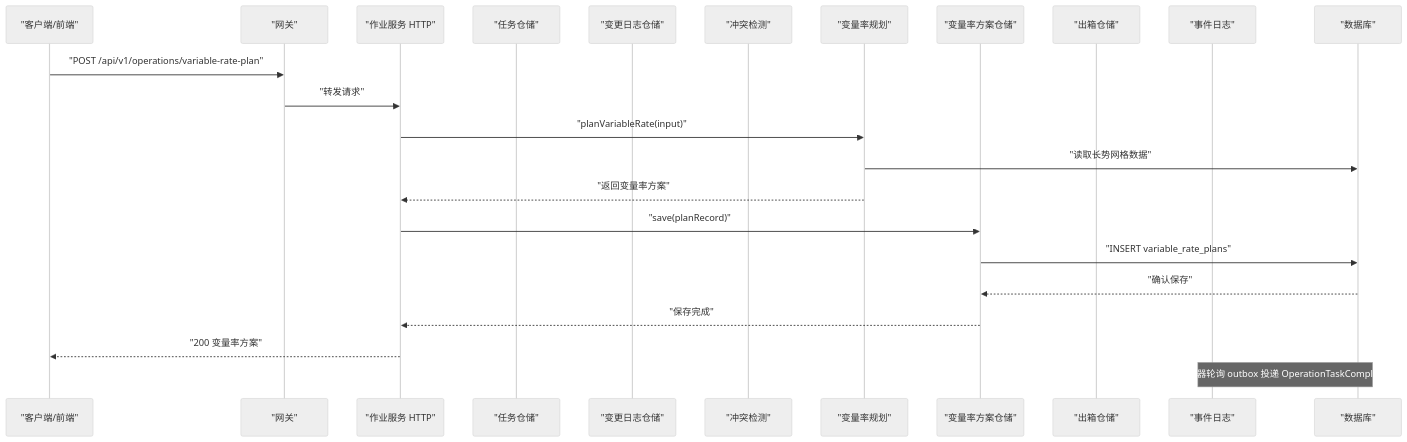
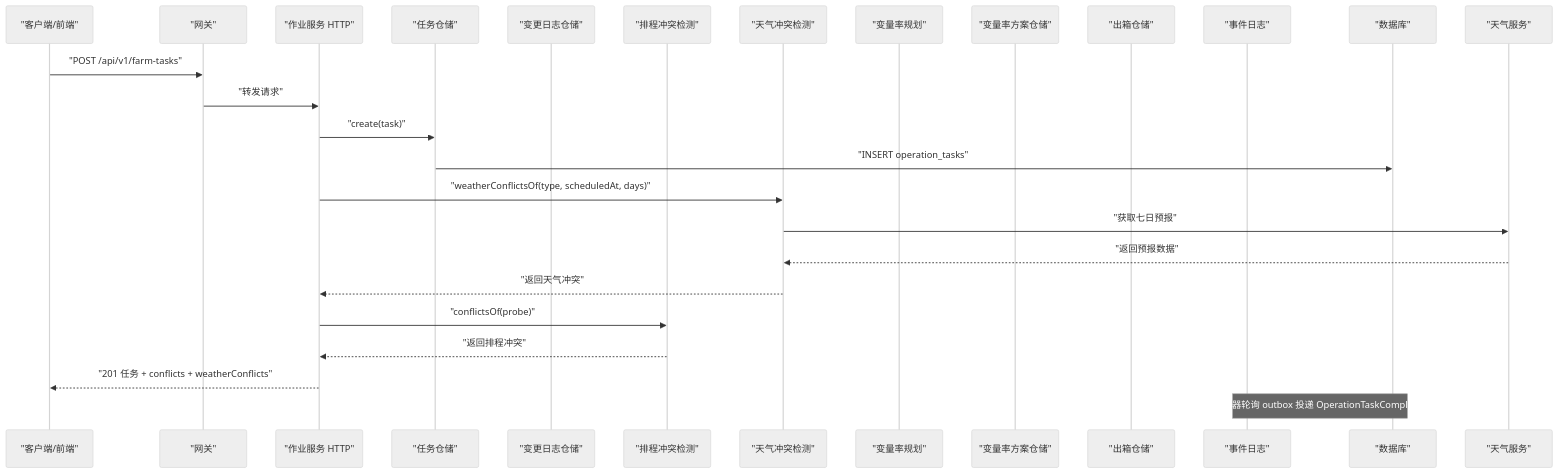
Before and after one commit to q446328246/agri-platform: the second of 14 diagrams in .qoder/repowiki/zh/content/核心服务文档/作业服务/作业服务.md, drawn with Mermaid (neutral theme). The commit also changed other lines of this file and 47 other files, not shown here.

````diff
--- a/.qoder/repowiki/zh/content/核心服务文档/作业服务/作业服务.md
+++ b/.qoder/repowiki/zh/content/核心服务文档/作业服务/作业服务.md
@@ -140,25 +138,28 @@
 ```mermaid
 sequenceDiagram
 participant Client as "客户端/前端"
 participant Gateway as "网关"
 participant Ops as "作业服务 HTTP"
 participant Repo as "任务仓储"
 participant ChangeLog as "变更日志仓储"
-participant Conflict as "冲突检测"
+participant Conflict as "排程冲突检测"
+participant Weather as "天气冲突检测"
 participant VarRate as "变量率规划"
 participant VarRepo as "变量率方案仓储"
 participant Outbox as "出箱仓储"
 participant MQ as "事件日志"
 participant DB as "数据库"
-Client->>Gateway : "POST /api/v1/operations/variable-rate-plan"
+participant WX as "天气服务"
+Client->>Gateway : "POST /api/v1/farm-tasks"
 Gateway->>Ops : "转发请求"
-Ops->>VarRate : "planVariableRate(input)"
-VarRate->>DB : "读取长势网格数据"
-VarRate-->>Ops : "返回变量率方案"
-Ops->>VarRepo : "save(planRecord)"
-VarRepo->>DB : "INSERT variable_rate_plans"
-DB-->>VarRepo : "确认保存"
-VarRepo-->>Ops : "保存完成"
-Ops-->>Client : "200 变量率方案"
+Ops->>Repo : "create(task)"
+Repo->>DB : "INSERT operation_tasks"
+Ops->>Weather : "weatherConflictsOf(type, scheduledAt, days)"
+Weather->>WX : "获取七日预报"
+WX-->>Weather : "返回预报数据"
+Weather-->>Ops : "返回天气冲突"
+Ops->>Conflict : "conflictsOf(probe)"
+Conflict-->>Ops : "返回排程冲突"
+Ops-->>Client : "201 任务 + conflicts + weatherConflicts"
 Note over MQ,DB : "中继器轮询 outbox 投递 OperationTaskCompleted"
 ```
````
